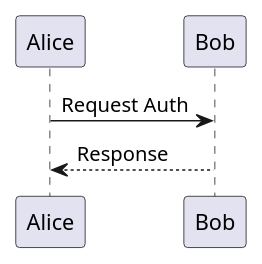
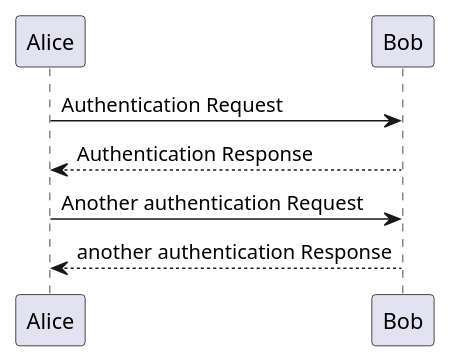
The diagram in uml.md (nishino-naoyuki/2021sys-design), drawn with PlantUML before and after one commit.

````diff
--- a/uml.md
+++ b/uml.md
@@ -1,4 +1,9 @@
+```uml
 @startuml
-Alice -> Bob: Request Auth
-Bob --> Alice: Response
+Alice -> Bob: Authentication Request
+Bob --> Alice: Authentication Response
+ 
+Alice -> Bob: Another authentication Request
+Alice <-- Bob: another authentication Response
 @enduml
+```
````
